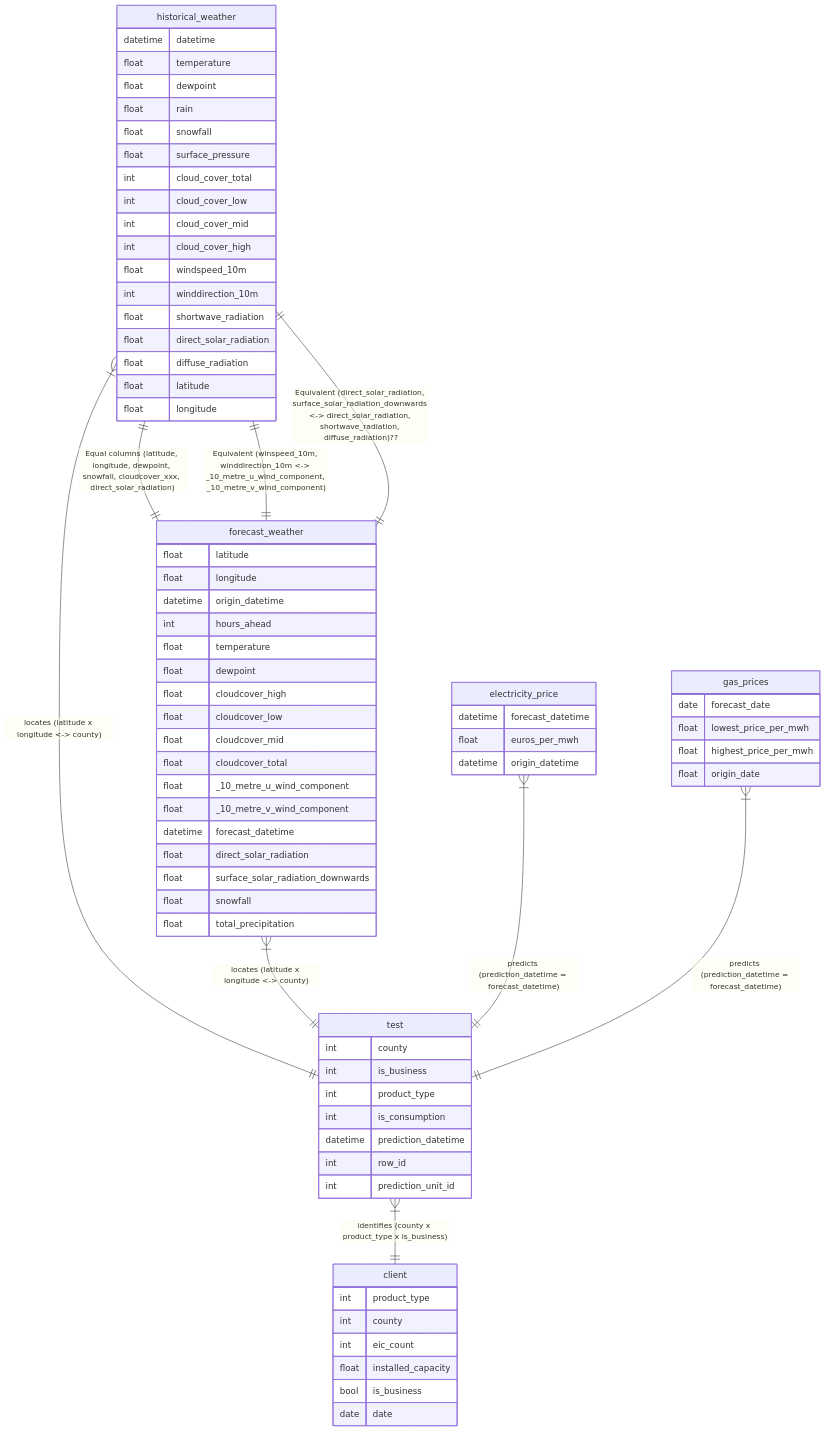
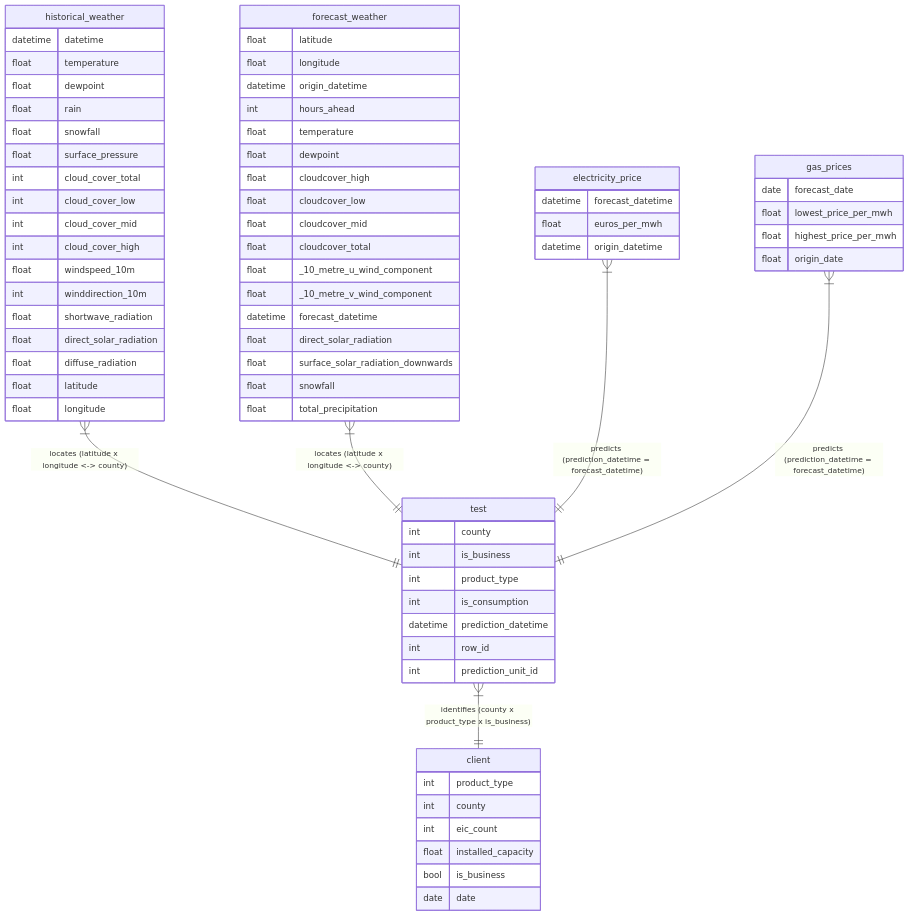
The diagram in README.md (jerome-auguste/predict-energy-behavior-of-prosumers), drawn with Mermaid before and after one commit. The commit also changed other lines of this file, not shown here.

Commit message:
Moved convention mapping between historical weather and forecast weather into notes

````diff
--- a/README.md
+++ b/README.md
@@ -9,77 +9,74 @@
 ```mermaid
 erDiagram
     test {
         int county
         int is_business
         int product_type
         int is_consumption
         datetime prediction_datetime
         int row_id
         int prediction_unit_id
     }
     client {
         int product_type
         int county
         int eic_count
         float installed_capacity
         bool is_business
         date date
     }
     historical_weather {
         datetime datetime
         float temperature
         float dewpoint
         float rain
         float snowfall
         float surface_pressure
         int cloud_cover_total
         int cloud_cover_low
         int cloud_cover_mid
         int cloud_cover_high
         float windspeed_10m
         int winddirection_10m
         float shortwave_radiation
         float direct_solar_radiation
         float diffuse_radiation
         float latitude
         float longitude
     }
     forecast_weather {
         float latitude
         float longitude
         datetime origin_datetime
         int hours_ahead
         float temperature
         float dewpoint
         float cloudcover_high
         float cloudcover_low
         float cloudcover_mid
         float cloudcover_total
         float _10_metre_u_wind_component
         float _10_metre_v_wind_component
         datetime forecast_datetime
         float direct_solar_radiation
         float surface_solar_radiation_downwards
         float snowfall
         float total_precipitation
     }
     electricity_price {
         datetime forecast_datetime
         float euros_per_mwh
         datetime origin_datetime
     }
     gas_prices {
         date forecast_date
         float lowest_price_per_mwh
         float highest_price_per_mwh
         float origin_date
     }
     test |{--|| client : "identifies (county x product_type x is_business)"
     historical_weather |{--|| test : "locates (latitude x longitude <-> county)"
     forecast_weather |{--|| test : "locates (latitude x longitude <-> county)"
     electricity_price |{--|| test : "predicts (prediction_datetime = forecast_datetime)"
     gas_prices |{--|| test : "predicts (prediction_datetime = forecast_datetime)"
-    historical_weather ||--|| forecast_weather : "Equal columns (latitude, longitude, dewpoint, snowfall, cloudcover_xxx, direct_solar_radiation)"
-    historical_weather ||--|| forecast_weather : "Equivalent (winspeed_10m, winddirection_10m <-> _10_metre_u_wind_component, _10_metre_v_wind_component)"
-    historical_weather ||--|| forecast_weather : "Equivalent (direct_solar_radiation, surface_solar_radiation_downwards <-> direct_solar_radiation, shortwave_radiation, diffuse_radiation)??"
 ```
````
